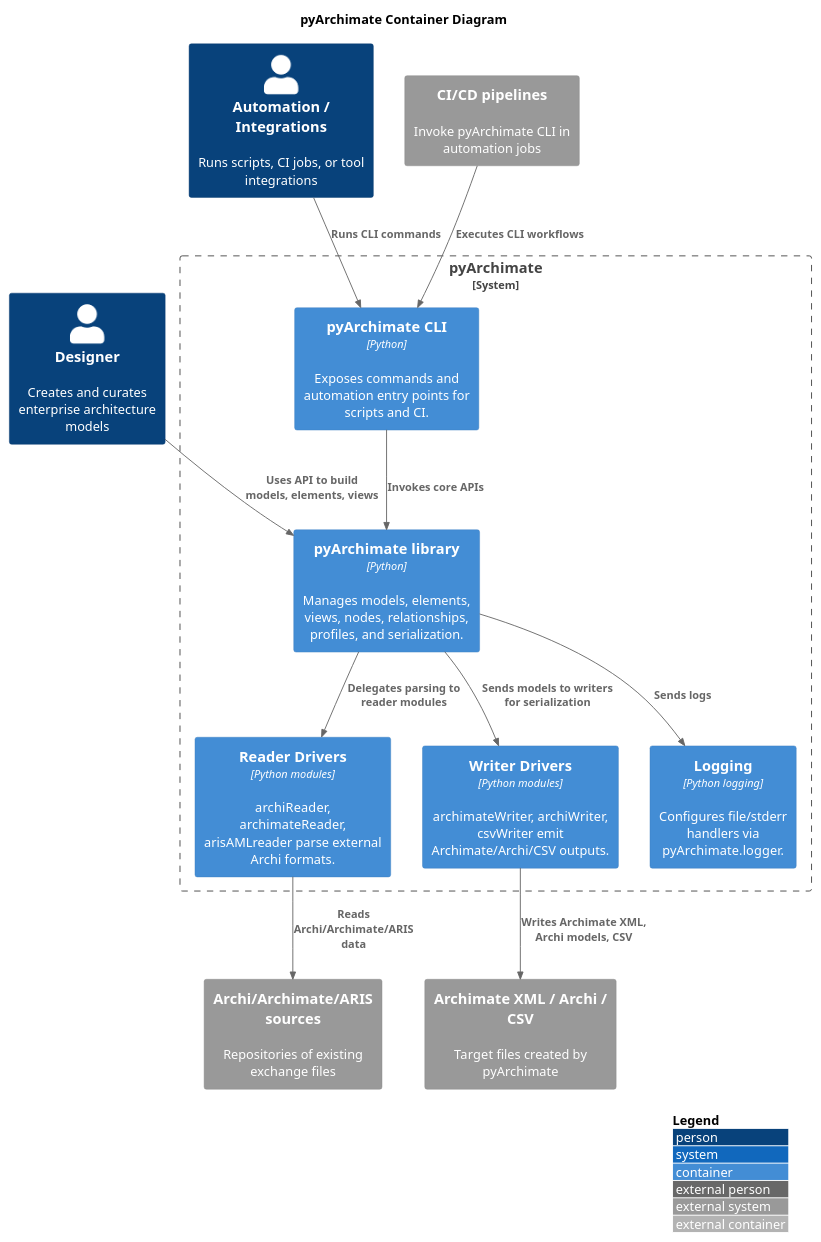
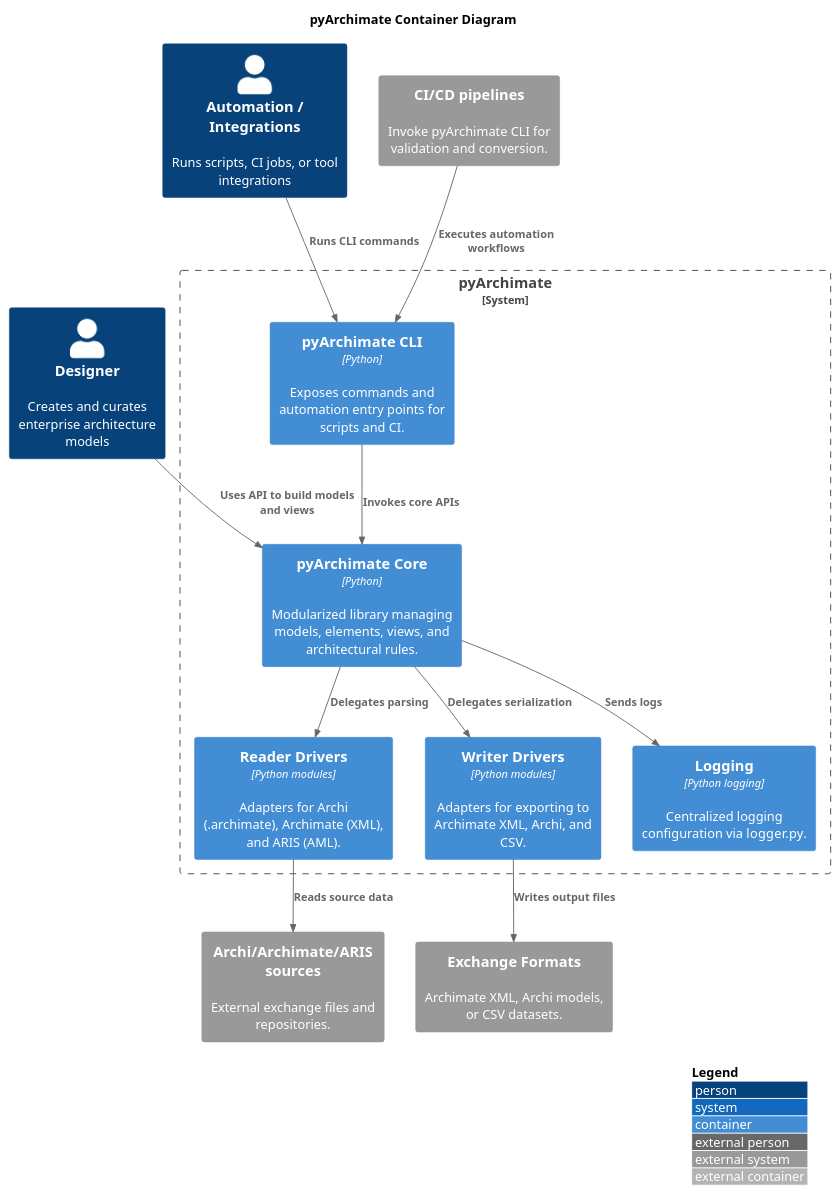
One commit to pyArchimate/pyArchimate changed the diagram in docs/diagrams/c4_container.puml. Above: the diagram before and after it, drawn with PlantUML. The commit also changed 38 other files, not shown here.

First line of the commit message:
chore: add behave stubs, fix pre-push script, and update docs/diagrams

```diff
--- a/docs/diagrams/c4_container.puml
+++ b/docs/diagrams/c4_container.puml
@@ -1,31 +1,31 @@
 @startuml
 !includeurl <C4/C4_Container>
 title pyArchimate Container Diagram
 LAYOUT_WITH_LEGEND()
 
 Person(designer, "Designer", "Creates and curates enterprise architecture models")
 Person(automation, "Automation / Integrations", "Runs scripts, CI jobs, or tool integrations")
 
 System_Boundary(pyArchimateBoundary, "pyArchimate") {
-  Container(pyArchimateLib, "pyArchimate library", "Python", "Manages models, elements, views, nodes, relationships, profiles, and serialization.")
+  Container(pyArchimateLib, "pyArchimate Core", "Python", "Modularized library managing models, elements, views, and architectural rules.")
   Container(cli, "pyArchimate CLI", "Python", "Exposes commands and automation entry points for scripts and CI.")
-  Container(readers, "Reader Drivers", "Python modules", "archiReader, archimateReader, arisAMLreader parse external Archi formats.")
-  Container(writers, "Writer Drivers", "Python modules", "archimateWriter, archiWriter, csvWriter emit Archimate/Archi/CSV outputs.")
-  Container(logger, "Logging", "Python logging", "Configures file/stderr handlers via pyArchimate.logger.")
+  Container(readers, "Reader Drivers", "Python modules", "Adapters for Archi (.archimate), Archimate (XML), and ARIS (AML).")
+  Container(writers, "Writer Drivers", "Python modules", "Adapters for exporting to Archimate XML, Archi, and CSV.")
+  Container(logger, "Logging", "Python logging", "Centralized logging configuration via logger.py.")
 }
 
-System_Ext(archiFiles, "Archi/Archimate/ARIS sources", "Repositories of existing exchange files")
-System_Ext(exportTargets, "Archimate XML / Archi / CSV", "Target files created by pyArchimate")
-System_Ext(buildEnv, "CI/CD pipelines", "Invoke pyArchimate CLI in automation jobs")
+System_Ext(archiFiles, "Archi/Archimate/ARIS sources", "External exchange files and repositories.")
+System_Ext(exportTargets, "Exchange Formats", "Archimate XML, Archi models, or CSV datasets.")
+System_Ext(buildEnv, "CI/CD pipelines", "Invoke pyArchimate CLI for validation and conversion.")
 
-Rel(designer, pyArchimateLib, "Uses API to build models, elements, views")
+Rel(designer, pyArchimateLib, "Uses API to build models and views")
 Rel(automation, cli, "Runs CLI commands")
 Rel(cli, pyArchimateLib, "Invokes core APIs")
-Rel(pyArchimateLib, readers, "Delegates parsing to reader modules")
-Rel(pyArchimateLib, writers, "Sends models to writers for serialization")
+Rel(pyArchimateLib, readers, "Delegates parsing")
+Rel(pyArchimateLib, writers, "Delegates serialization")
 Rel(pyArchimateLib, logger, "Sends logs")
-Rel(readers, archiFiles, "Reads Archi/Archimate/ARIS data")
-Rel(writers, exportTargets, "Writes Archimate XML, Archi models, CSV")
-Rel(buildEnv, cli, "Executes CLI workflows")
+Rel(readers, archiFiles, "Reads source data")
+Rel(writers, exportTargets, "Writes output files")
+Rel(buildEnv, cli, "Executes automation workflows")
 
 @enduml
```
